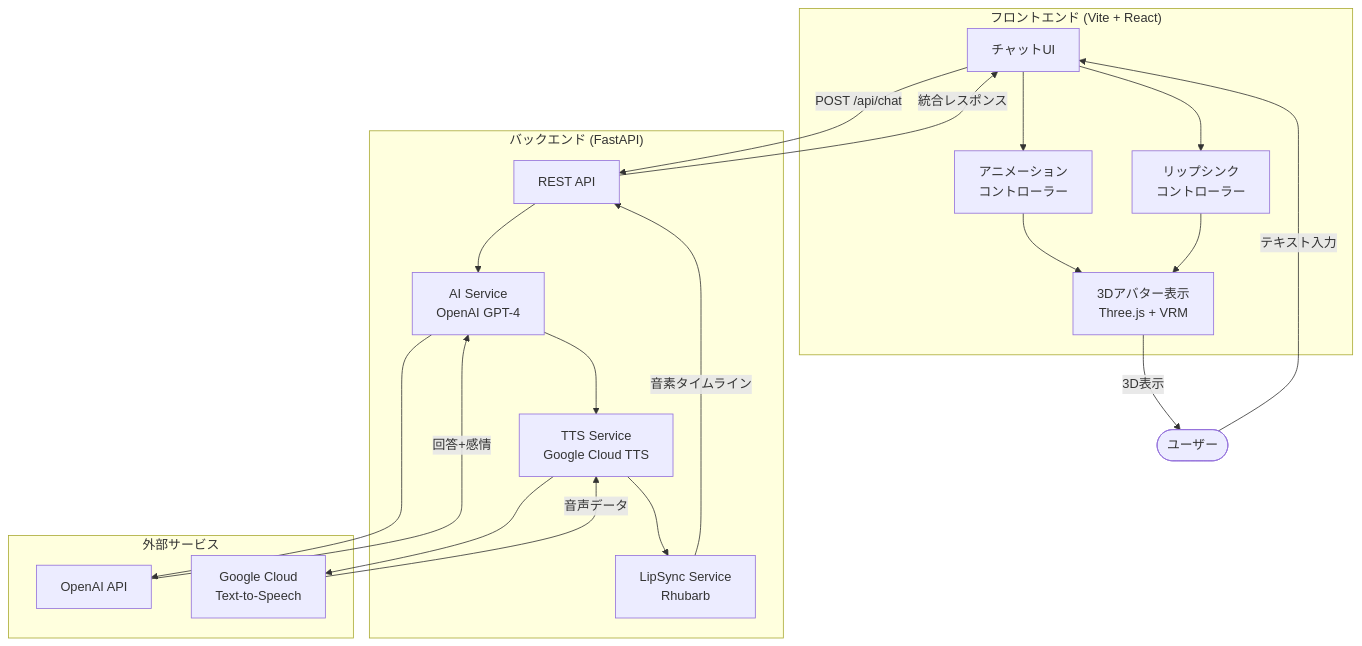
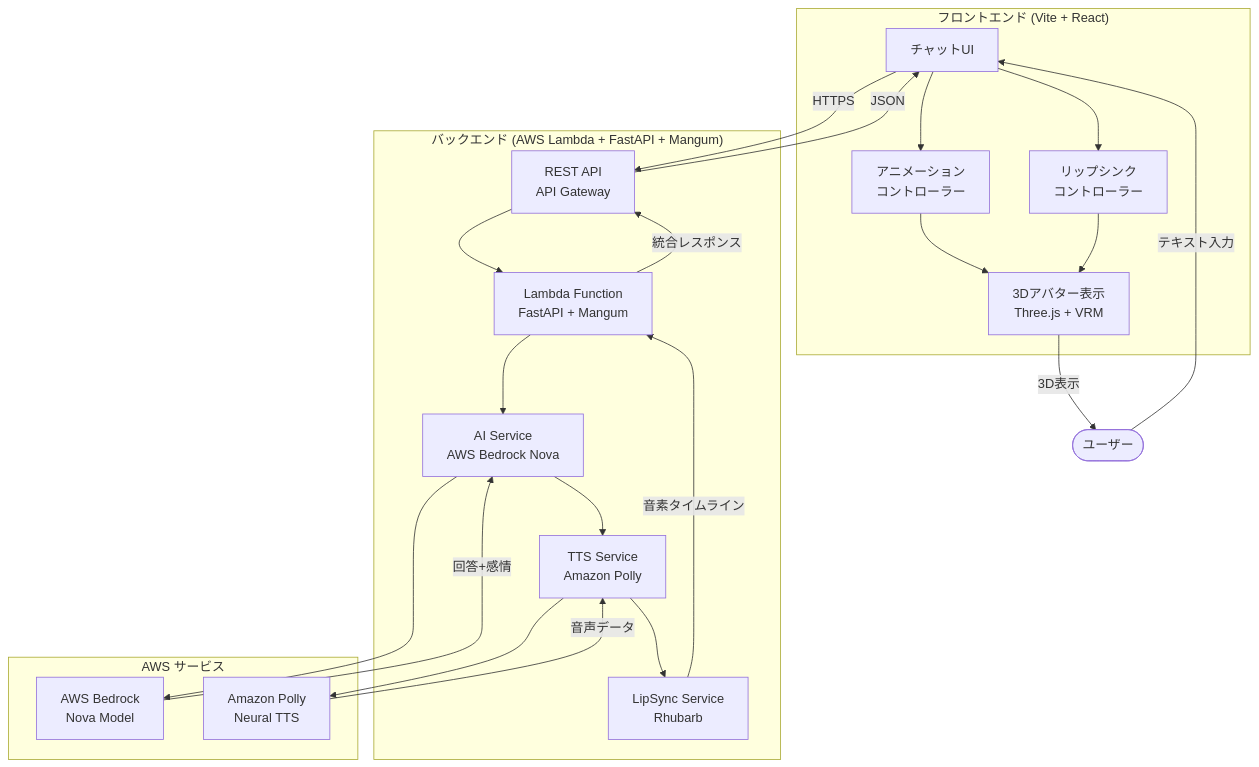
Before and after one commit to bucq/ai-avater: the first of 2 diagrams in document/02-システム構成.md, drawn with Mermaid. The commit also changed other lines of this file and 49 other files, not shown here.

````diff
--- a/document/02-システム構成.md
+++ b/document/02-システム構成.md
@@ -9,38 +9,41 @@
 ```mermaid
 graph TB
     subgraph "フロントエンド (Vite + React)"
         UI[チャットUI]
         Avatar[3Dアバター表示<br/>Three.js + VRM]
         AnimCtrl[アニメーション<br/>コントローラー]
         LipSync[リップシンク<br/>コントローラー]
     end
     
-    subgraph "バックエンド (FastAPI)"
-        API[REST API]
-        AIService[AI Service<br/>OpenAI GPT-4]
-        TTSService[TTS Service<br/>Google Cloud TTS]
+    subgraph "バックエンド (AWS Lambda + FastAPI + Mangum)"
+        API[REST API<br/>API Gateway]
+        Lambda[Lambda Function<br/>FastAPI + Mangum]
+        AIService[AI Service<br/>AWS Bedrock Nova]
+        TTSService[TTS Service<br/>Amazon Polly]
         LipSyncService[LipSync Service<br/>Rhubarb]
     end
-    
-    subgraph "外部サービス"
-        OpenAI[OpenAI API]
-        GoogleTTS[Google Cloud<br/>Text-to-Speech]
+
+    subgraph "AWS サービス"
+        Bedrock[AWS Bedrock<br/>Nova Model]
+        Polly[Amazon Polly<br/>Neural TTS]
     end
-    
+
     User([ユーザー]) -->|テキスト入力| UI
-    UI -->|POST /api/chat| API
-    API --> AIService
-    AIService --> OpenAI
-    OpenAI -->|回答+感情| AIService
+    UI -->|HTTPS| API
+    API --> Lambda
+    Lambda --> AIService
+    AIService --> Bedrock
+    Bedrock -->|回答+感情| AIService
     AIService --> TTSService
-    TTSService --> GoogleTTS
-    GoogleTTS -->|音声データ| TTSService
+    TTSService --> Polly
+    Polly -->|音声データ| TTSService
     TTSService --> LipSyncService
-    LipSyncService -->|音素タイムライン| API
-    API -->|統合レスポンス| UI
+    LipSyncService -->|音素タイムライン| Lambda
+    Lambda -->|統合レスポンス| API
+    API -->|JSON| UI
     UI --> AnimCtrl
     UI --> LipSync
     AnimCtrl --> Avatar
     LipSync --> Avatar
     Avatar -->|3D表示| User
 ```
````
